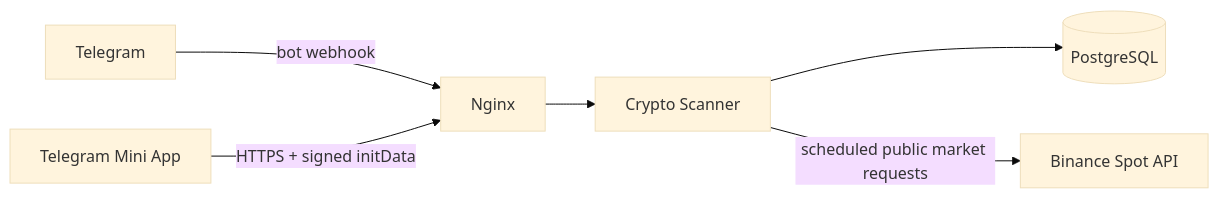
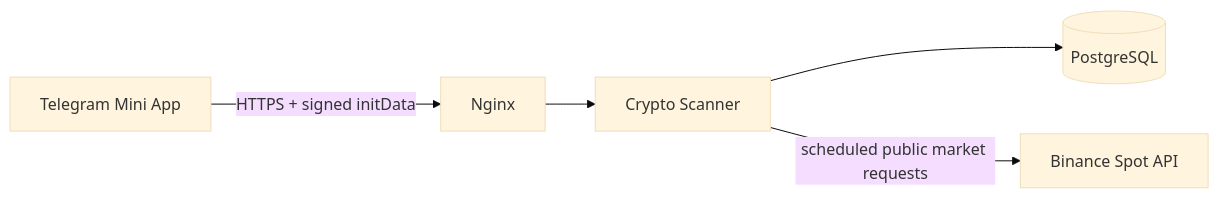
One commit to Zver64/crypto_scaner changed the first of 4 diagrams in .scratch/crypto-scanner-mvp/spec.md. Above: the diagram before and after it, drawn with Mermaid (base theme). The commit also changed other lines of this file and 25 other files, not shown here.

````diff
--- a/.scratch/crypto-scanner-mvp/spec.md
+++ b/.scratch/crypto-scanner-mvp/spec.md
@@ -72,8 +70,7 @@
 ```mermaid
 flowchart LR
-    TG["Telegram"] -->|"bot webhook"| NG["Nginx"]
-    UI["Telegram Mini App"] -->|"HTTPS + signed initData"| NG
+    UI["Telegram Mini App"] -->|"HTTPS + signed initData"| NG["Nginx"]
     NG --> APP["Crypto Scanner"]
     APP --> PG[("PostgreSQL")]
     APP -->|"scheduled public market requests"| BN["Binance Spot API"]
 ```
````
